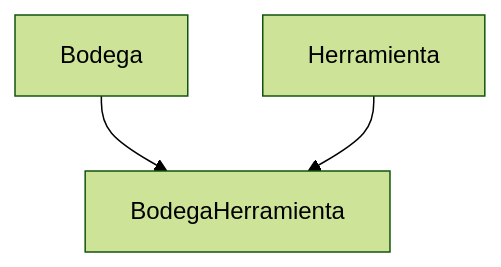
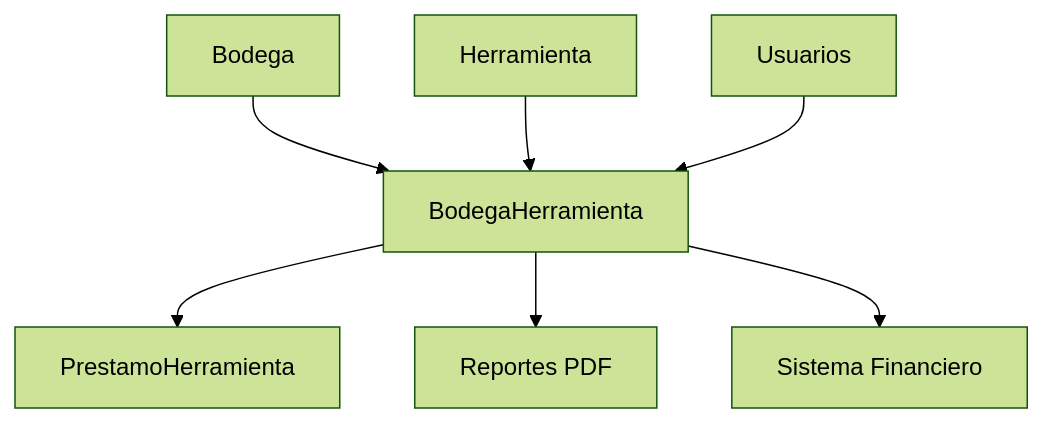
Before and after one commit to angela1705/ApiAgrosoftProyecto: the diagram in documentacion_agrosoft/src/content/docs/modules/inventario/bodega_herramienta.md, drawn with Mermaid (forest theme). The commit also changed other lines of this file and 20 other files, not shown here.

````diff
--- a/documentacion_agrosoft/src/content/docs/modules/inventario/bodega_herramienta.md
+++ b/documentacion_agrosoft/src/content/docs/modules/inventario/bodega_herramienta.md
@@ -221,5 +414,9 @@
 ```mermaid
 graph TD
     A[Bodega] --> B[BodegaHerramienta]
     C[Herramienta] --> B
+    D[Usuarios] --> B
+    B --> E[PrestamoHerramienta]
+    B --> F[Reportes PDF]
+    B --> G[Sistema Financiero]
 ```
````
